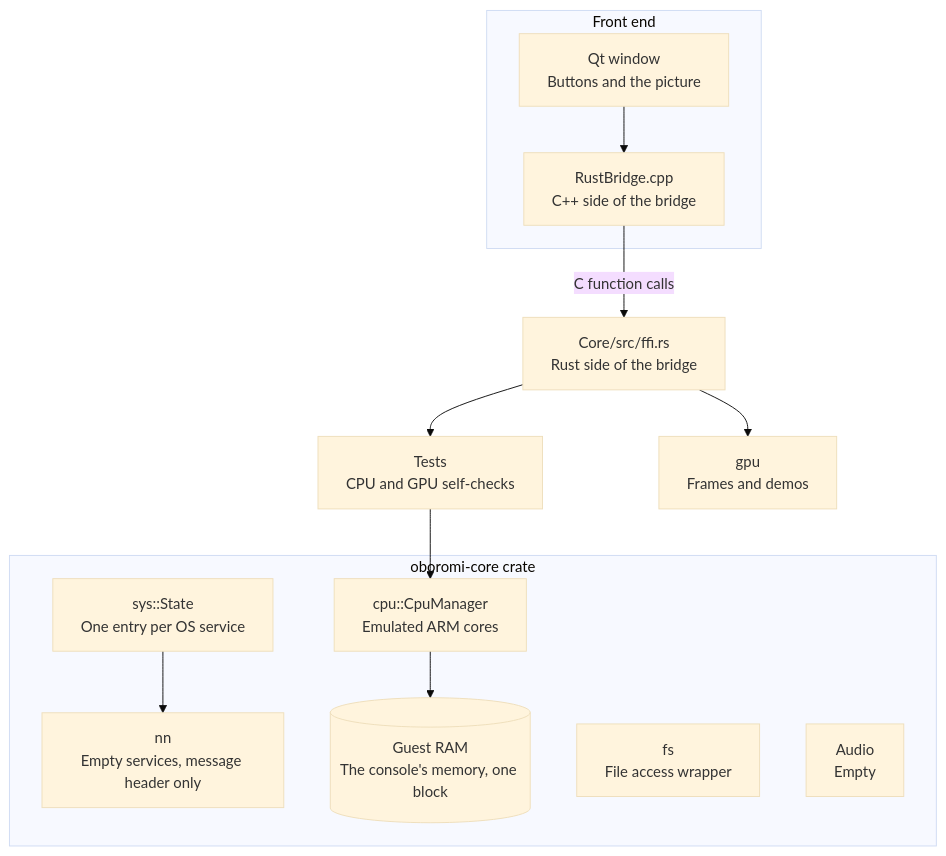
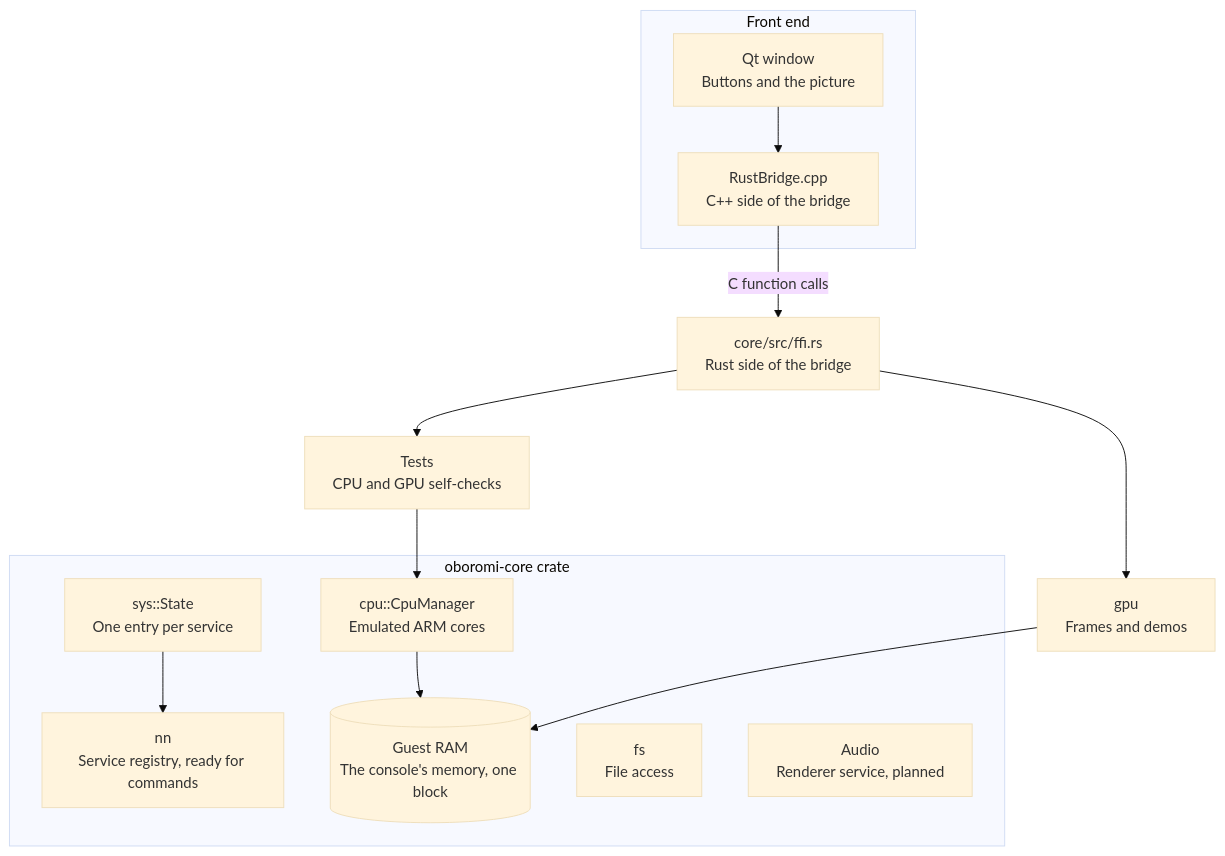
Before and after one commit to 0xNikilite/oboromi: the diagram in docs/architecture/oboromi-overview.md, drawn with Mermaid (base theme). The commit also changed other lines of this file and 11 other files, not shown here.

Commit message:
Credit upstream's foundations and add CPU, services, audio and guest path pages

````diff
--- a/docs/architecture/oboromi-overview.md
+++ b/docs/architecture/oboromi-overview.md
@@ -5,20 +5,21 @@
 ```mermaid
 flowchart TB
     subgraph Front["Front end"]
         QT["Qt window<br/>Buttons and the picture"] --> BR["RustBridge.cpp<br/>C++ side of the bridge"]
     end
-    BR -->|"C function calls"| FFI["Core/src/ffi.rs<br/>Rust side of the bridge"]
+    BR -->|"C function calls"| FFI["core/src/ffi.rs<br/>Rust side of the bridge"]
     FFI --> TESTS["Tests<br/>CPU and GPU self-checks"]
     FFI --> GPU["gpu<br/>Frames and demos"]
     subgraph Core["oboromi-core crate"]
-        SYS["sys::State<br/>One entry per OS service"]
-        NN["nn<br/>Empty services, message header only"]
+        SYS["sys::State<br/>One entry per service"]
+        NN["nn<br/>Service registry, ready for commands"]
         CPU["cpu::CpuManager<br/>Emulated ARM cores"]
         RAM[("Guest RAM<br/>The console's memory, one block")]
-        FS["fs<br/>File access wrapper"]
-        AUD["Audio<br/>Empty"]
+        FS["fs<br/>File access"]
+        AUD["Audio<br/>Renderer service, planned"]
     end
     SYS --> NN
     CPU --> RAM
+    GPU --> RAM
     TESTS --> CPU
 ```
````
